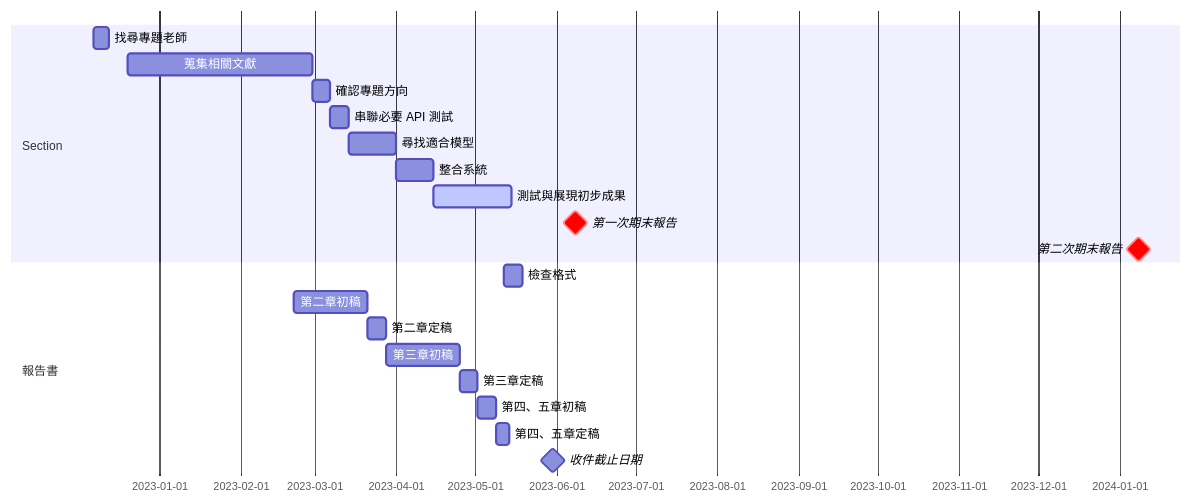
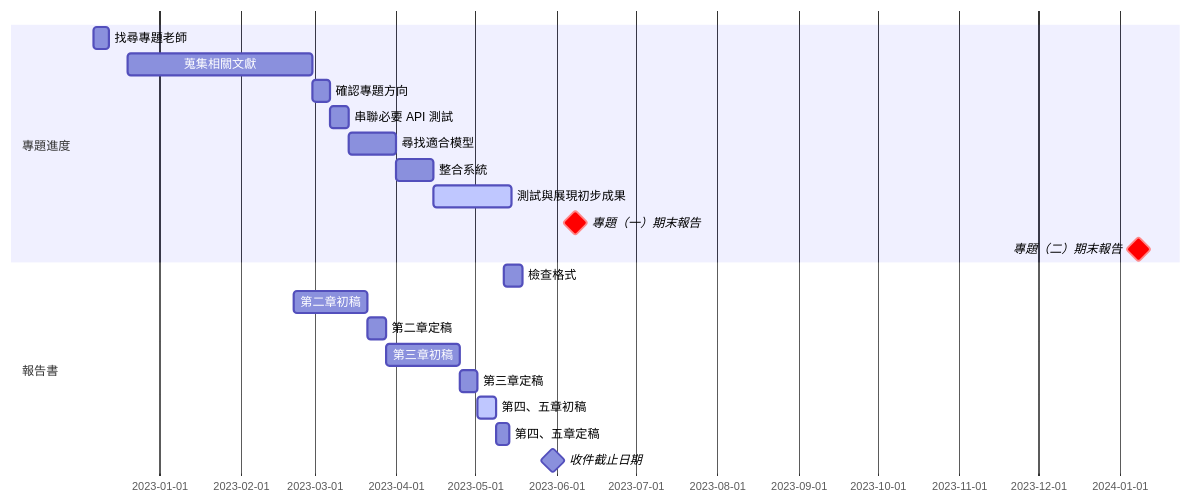
Before and after one commit to kakeru13468/A02_AI_Video_Generation: the third of 3 diagrams in README.md, drawn with Mermaid.

Commit message:
modify the Gantt chart

````diff
--- a/README.md
+++ b/README.md
@@ -42,26 +42,26 @@
 ```mermaid
 gantt
     todayMarker
     dateFormat  YYYY-MM-DD
 
-    section Section
+    section 專題進度
     找尋專題老師       :  2022-12-07, 6d
     蒐集相關文獻      : 2022-12-20, 70d
     確認專題方向      : 2023-02-28, 7d
     串聯必要 API 測試 : 2023-03-07, 7d
     尋找適合模型         : 2023-03-14, 18d
     整合系統             : 2023-04-01, 14d
     測試與展現初步成果  : active, 2023-04-15, 30d
-    第一次期末報告       : crit, milestone, 2023-06-08,  8min
-    第二次期末報告       : crit, milestone, 2024-01-08,  8min %%FIXME
+    專題（一）期末報告       : crit, milestone, 2023-06-08,  8min
+    專題（二）期末報告       : crit, milestone, 2024-01-08,  8min %%FIXME
 
     section 報告書
     檢查格式             : 2023-05-12, 1w
     第二章初稿          : 2023-02-21, 28d
     第二章定稿          : 2023-03-21, 1w
     第三章初稿          : 2023-03-28, 28d
     第三章定稿          : 2023-04-25, 1w
-    第四、五章初稿          : activate, 2023-05-02, 1w
+    第四、五章初稿          : active, 2023-05-02, 1w
     第四、五章定稿          : 2023-05-09, 5d
     收件截止日期          : milestone, 2023-05-30, 1d
 ```
````
